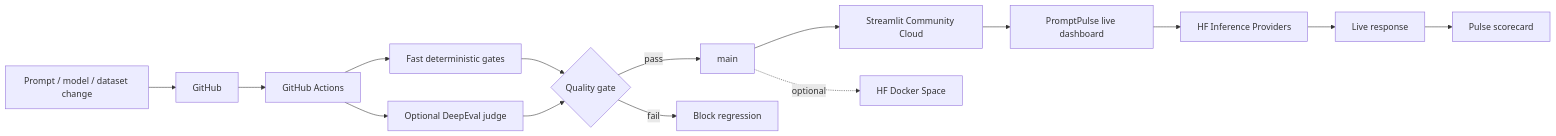
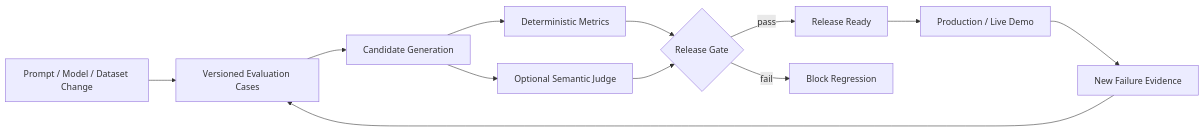
The diagram in README.md (h00w/PromptPulse), drawn with Mermaid before and after one commit. The commit also changed other lines of this file, not shown here.

Commit message:
Refresh README with premium cover and LLM evaluation positioning

````diff
--- a/README.md
+++ b/README.md
@@ -32,17 +42,14 @@
 ```mermaid
 flowchart LR
-    A[Prompt / model / dataset change] --> B[GitHub]
-    B --> C[GitHub Actions]
-    C --> D[Fast deterministic gates]
-    C --> E[Optional DeepEval judge]
-    D --> F{Quality gate}
+    A[Prompt / Model / Dataset Change] --> B[Versioned Evaluation Cases]
+    B --> C[Candidate Generation]
+    C --> D[Deterministic Metrics]
+    C --> E[Optional Semantic Judge]
+    D --> F{Release Gate}
     E --> F
-    F -->|pass| G[main]
-    F -->|fail| H[Block regression]
-    G --> I[Streamlit Community Cloud]
-    I --> J[PromptPulse live dashboard]
-    J --> K[HF Inference Providers]
-    K --> L[Live response]
-    L --> M[Pulse scorecard]
-    G -. optional .-> N[HF Docker Space]
+    F -->|pass| G[Release Ready]
+    F -->|fail| H[Block Regression]
+    G --> I[Production / Live Demo]
+    I --> J[New Failure Evidence]
+    J --> B
 ```
````
